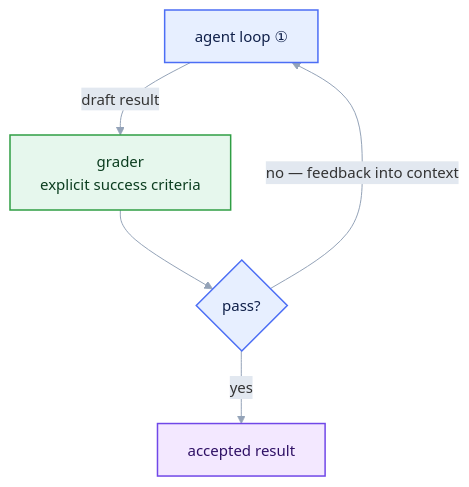
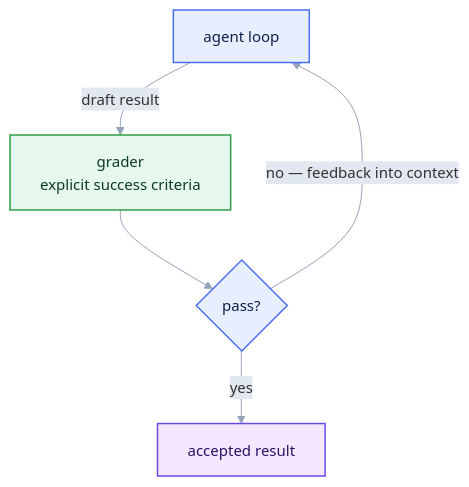
Before and after one commit to eic/tutorial-mcp: the third of 3 diagrams in episodes/01-why-genai-for-physics.md, drawn with Mermaid. The commit also changed other lines of this file and 10 other files, not shown here.

````diff
--- a/episodes/01-why-genai-for-physics.md
+++ b/episodes/01-why-genai-for-physics.md
@@ -167,13 +150,13 @@
 ```mermaid
 %%{init: {'theme':'base', 'themeVariables': {'fontSize':'15px','lineColor':'#94a3b8','edgeLabelBackground':'#e2e8f0','clusterBkg':'#1f293720','clusterBorder':'#94a3b8','titleColor':'#94a3b8'}}}%%
 flowchart TD
-    accTitle: {Level 2 the verification loop}
-    accDescr: {Level 2 the verification loop}
-    A["agent loop  ①"]:::core -->|"draft result"| G["grader<br/>explicit success criteria"]:::tool
+    accTitle: {The verification loop}
+    accDescr: {The verification loop}
+    A["agent loop"]:::core -->|"draft result"| G["grader<br/>explicit success criteria"]:::tool
     G --> P{"pass?"}:::core
     P -->|"no — feedback into context"| A
     P -->|"yes"| R["accepted result"]:::out
     classDef core fill:#e7efff,stroke:#4c6ef5,stroke-width:1.5px,color:#10204a;
     classDef tool fill:#e6f7ed,stroke:#2f9e44,stroke-width:1.5px,color:#0b3d1f;
     classDef out fill:#f3e8ff,stroke:#7048e8,stroke-width:1.5px,color:#2e1065;
 ```
````
